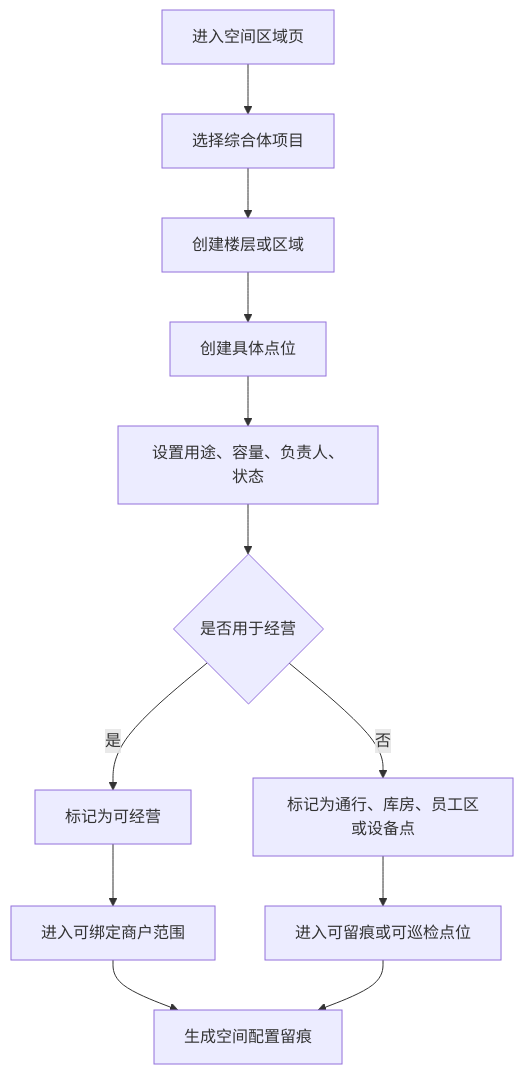
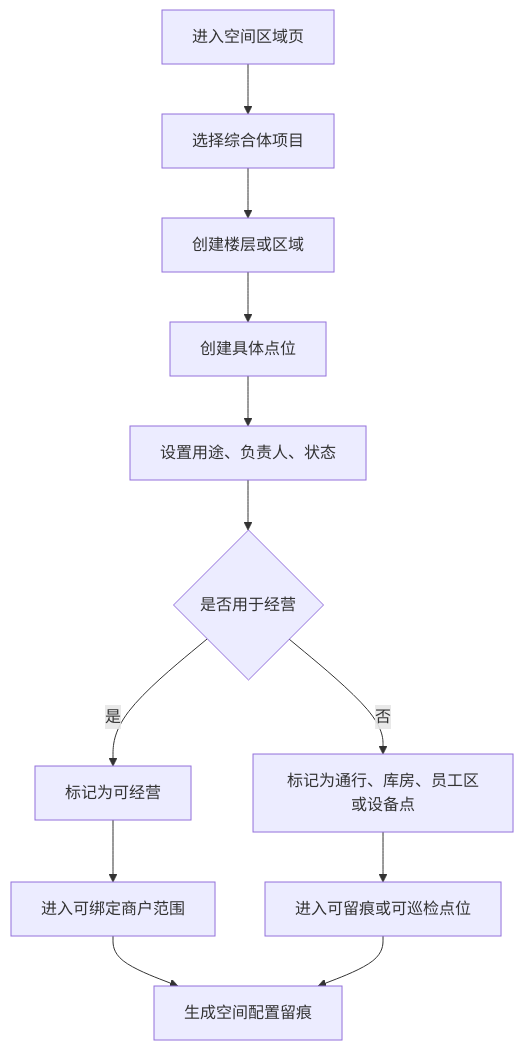
One commit to jxh1979/mall changed the fourth of 19 diagrams in docs/platform-governance-product-spec-v0.2.md. Above: the diagram before and after it, drawn with Mermaid. The commit also changed other lines of this file and 8 other files, not shown here.

````diff
--- a/docs/platform-governance-product-spec-v0.2.md
+++ b/docs/platform-governance-product-spec-v0.2.md
@@ -1493,14 +1491,14 @@
 ```mermaid
 flowchart TD
     A["进入空间区域页"] --> B["选择综合体项目"]
     B --> C["创建楼层或区域"]
     C --> D["创建具体点位"]
-    D --> E["设置用途、容量、负责人、状态"]
+    D --> E["设置用途、负责人、状态"]
     E --> F{"是否用于经营"}
     F -- "是" --> G["标记为可经营"]
     F -- "否" --> H["标记为通行、库房、员工区或设备点"]
     G --> I["进入可绑定商户范围"]
     H --> J["进入可留痕或可巡检点位"]
     I --> K["生成空间配置留痕"]
     J --> K
 ```
````
